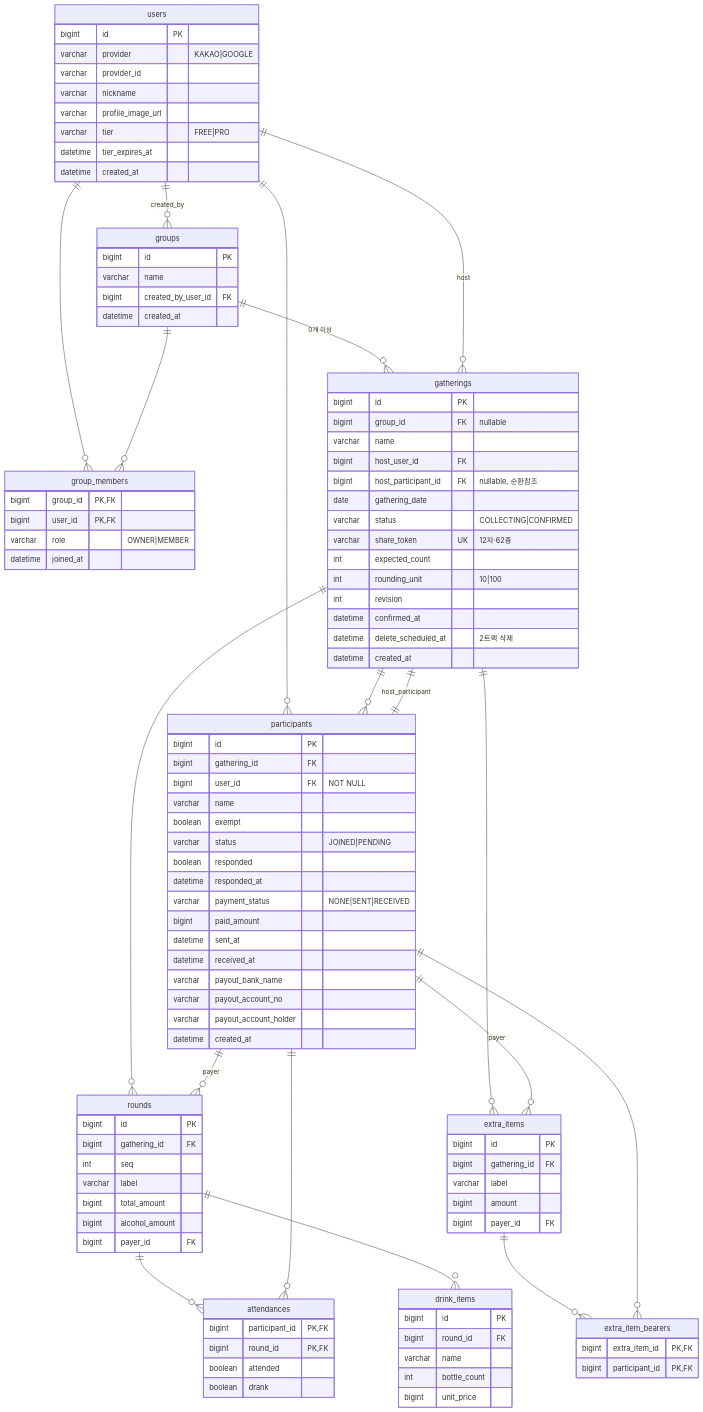
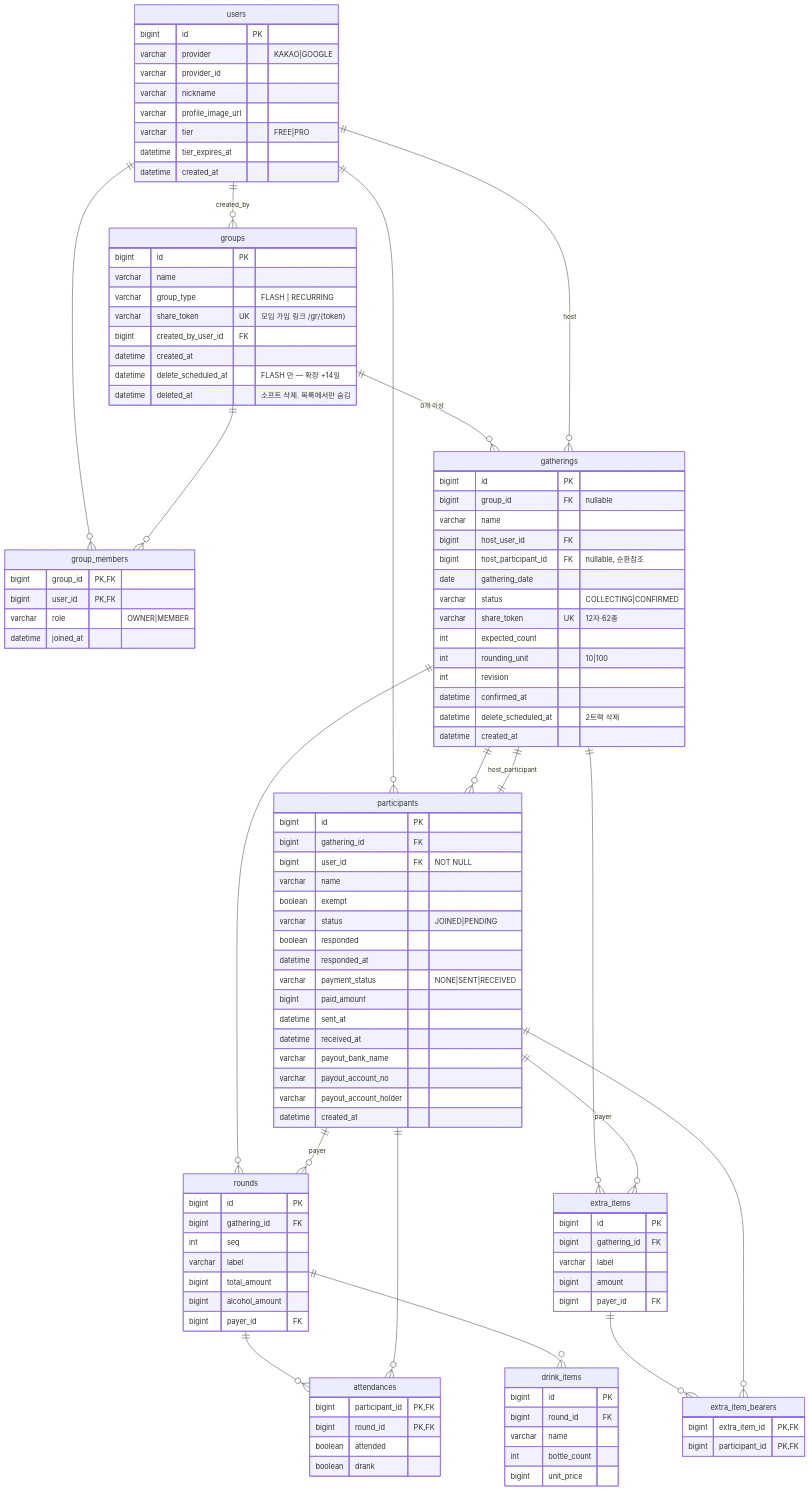
Before and after one commit to owencity/jungsan_attack: the diagram in docs/ERD.md, drawn with Mermaid. The commit also changed 4 other files, not shown here.

First line of the commit message:
feat(schema): 모임 타입·소프트삭제 + 테이블 한글명

```diff
--- a/docs/ERD.md
+++ b/docs/ERD.md
@@ -96,8 +96,12 @@
     groups {
         bigint id PK
         varchar name
+        varchar group_type "FLASH | RECURRING"
+        varchar share_token UK "모임 가입 링크 /gr/{token}"
         bigint created_by_user_id FK
         datetime created_at
+        datetime delete_scheduled_at "FLASH 만 — 확정 +14일"
+        datetime deleted_at "소프트 삭제. 목록에서만 숨김"
     }
     group_members {
         bigint group_id PK,FK
```
